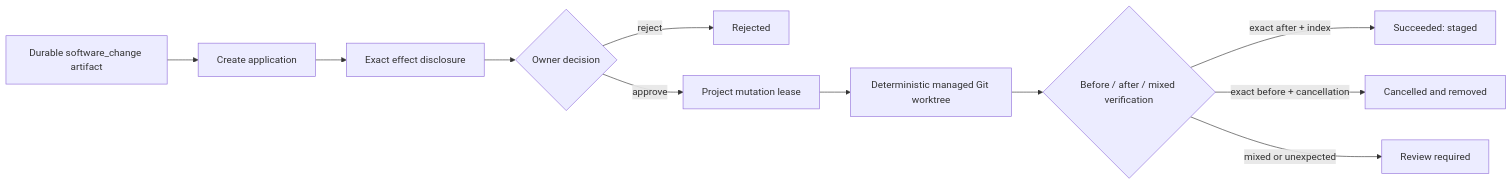
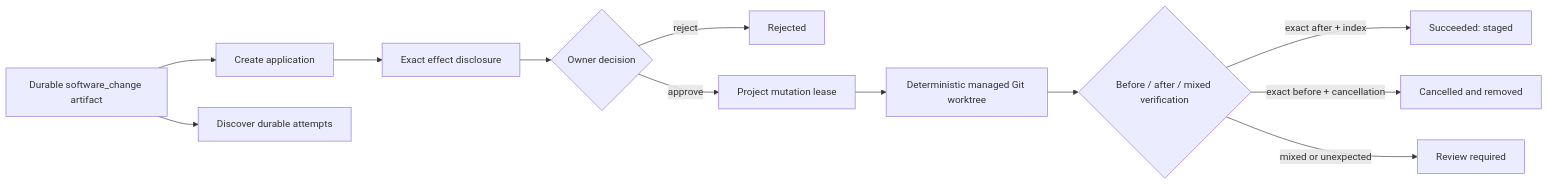
Before and after one commit to 4romgod/vera: diagram 11 of 14 in docs/system-architecture.md, drawn with Mermaid. The commit also changed other lines of this file and 30 other files, not shown here.

````diff
--- a/docs/system-architecture.md
+++ b/docs/system-architecture.md
@@ -684,13 +684,14 @@
 ```mermaid
 flowchart LR
     ART["Durable software_change artifact"] --> CREATE["Create application"]
+    ART --> RECOVER["Discover durable attempts"]
     CREATE --> DISCLOSE["Exact effect disclosure"]
     DISCLOSE --> APPROVE{"Owner decision"}
     APPROVE -->|"reject"| REJECTED["Rejected"]
     APPROVE -->|"approve"| LEASE["Project mutation lease"]
     LEASE --> WT["Deterministic managed Git worktree"]
     WT --> VERIFY{"Before / after / mixed verification"}
     VERIFY -->|"exact after + index"| SUCCESS["Succeeded: staged"]
     VERIFY -->|"exact before + cancellation"| CANCELLED["Cancelled and removed"]
     VERIFY -->|"mixed or unexpected"| REVIEW["Review required"]
 ```
````
